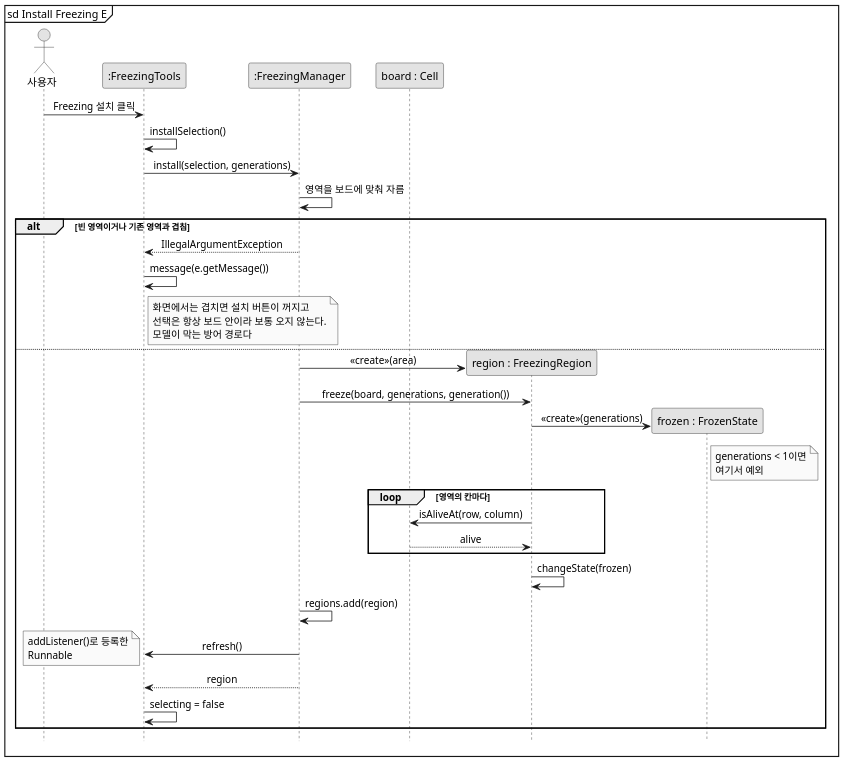
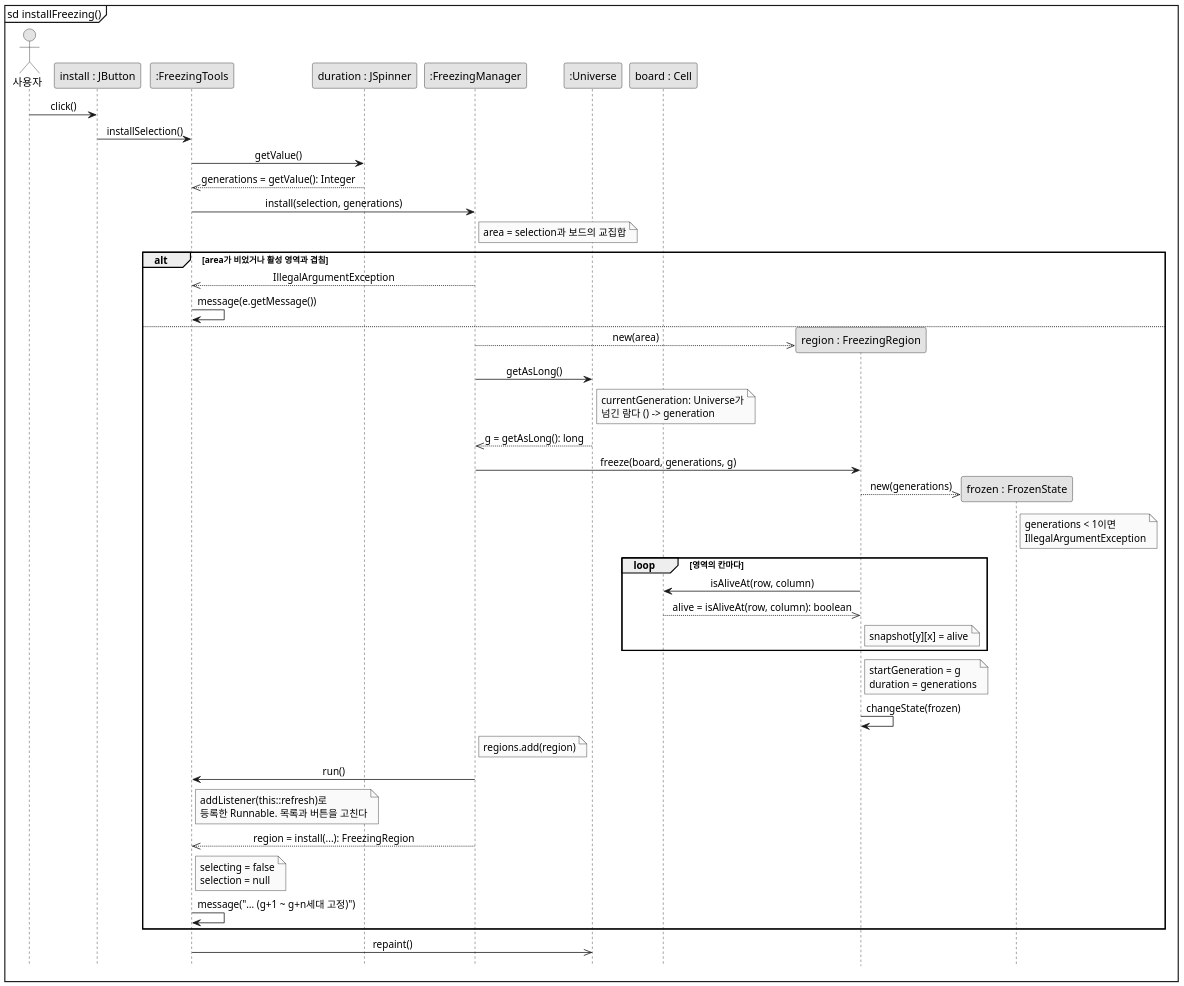
The diagram in docs/freezing/diagram/sd-install.puml (mckimR1972/DP_team_project), drawn with PlantUML before and after one commit. The commit also changed 27 other files, not shown here.

```diff
--- a/docs/freezing/diagram/sd-install.puml
+++ b/docs/freezing/diagram/sd-install.puml
@@ -1,46 +1,53 @@
 @startuml sd-install
 skinparam monochrome true
 skinparam dpi 150
 skinparam shadowing false
 skinparam defaultFontName "Malgun Gothic"
 skinparam sequenceMessageAlign center
 hide footbox
-mainframe sd Install Freezing E
+mainframe sd installFreezing()
 
 actor "사용자" as User
+participant "install : JButton" as B
 participant ":FreezingTools" as T
+participant "duration : JSpinner" as S
 participant ":FreezingManager" as M
-participant "board : Cell" as B
+participant ":Universe" as U
+participant "board : Cell" as Board
 
-User -> T : Freezing 설치 클릭
-T -> T : installSelection()
+User -> B : click()
+B -> T : installSelection()
+T -> S : getValue()
+S -->> T : generations = getValue(): Integer
 T -> M : install(selection, generations)
-M -> M : 영역을 보드에 맞춰 자름
+note right of M : area = selection과 보드의 교집합
 
-alt 빈 영역이거나 기존 영역과 겹침
-  M --> T : IllegalArgumentException
+alt area가 비었거나 활성 영역과 겹침
+  M -->> T : IllegalArgumentException
   T -> T : message(e.getMessage())
-  note right of T
-    화면에서는 겹치면 설치 버튼이 꺼지고
-    선택은 항상 보드 안이라 보통 오지 않는다.
-    모델이 막는 방어 경로다
-  end note
 else
   create participant "region : FreezingRegion" as R
-  M -> R : <<create>>(area)
-  M -> R : freeze(board, generations, generation())
+  M -->> R : new(area)
+  M -> U : getAsLong()
+  note right of U : currentGeneration: Universe가\n넘긴 람다 () -> generation
+  U -->> M : g = getAsLong(): long
+  M -> R : freeze(board, generations, g)
   create participant "frozen : FrozenState" as F
-  R -> F : <<create>>(generations)
-  note right of F : generations < 1이면\n여기서 예외
+  R -->> F : new(generations)
+  note right of F : generations < 1이면\nIllegalArgumentException
   loop 영역의 칸마다
-    R -> B : isAliveAt(row, column)
-    B --> R : alive
+    R -> Board : isAliveAt(row, column)
+    Board -->> R : alive = isAliveAt(row, column): boolean
+    note right of R : snapshot[y][x] = alive
   end
+  note right of R : startGeneration = g\nduration = generations
   R -> R : changeState(frozen)
-  M -> M : regions.add(region)
-  M -> T : refresh()
-  note left : addListener()로 등록한\nRunnable
-  M --> T : region
-  T -> T : selecting = false
+  note right of M : regions.add(region)
+  M -> T : run()
+  note right of T : addListener(this::refresh)로\n등록한 Runnable. 목록과 버튼을 고친다
+  M -->> T : region = install(...): FreezingRegion
+  note right of T : selecting = false\nselection = null
+  T -> T : message("… (g+1 ~ g+n세대 고정)")
 end
+T ->> U : repaint()
 @enduml
```
